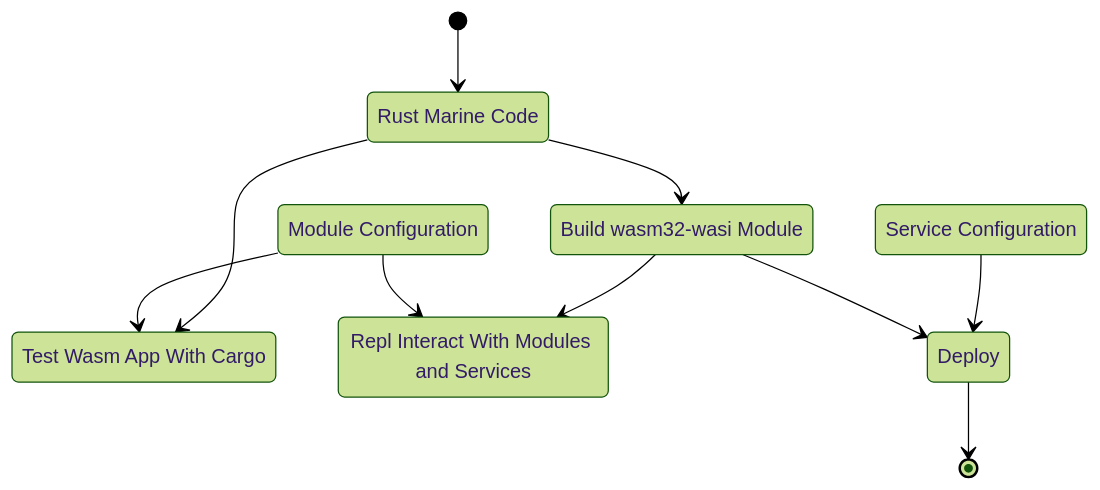
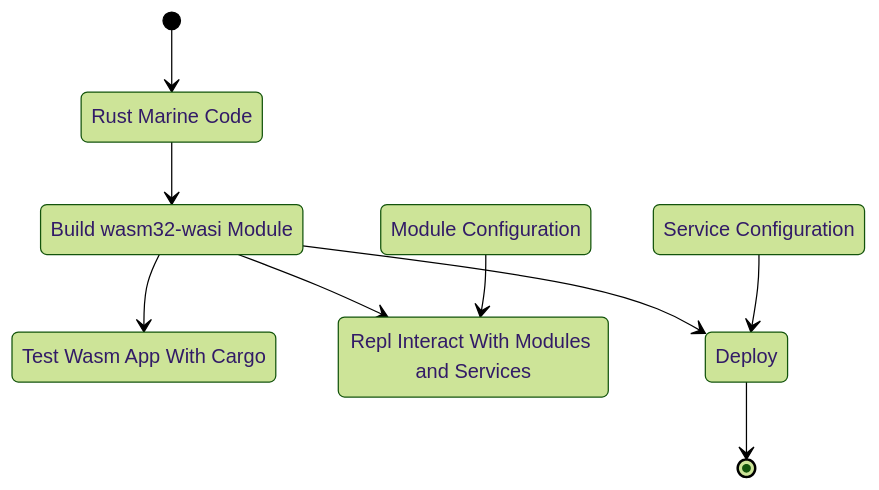
One commit to fluencelabs/devcontainer changed the diagram in tutorial/marine/quick_start.md. Above: the diagram before and after it, drawn with Mermaid (forest theme).

Commit message:
update figure

````diff
--- a/tutorial/marine/quick_start.md
+++ b/tutorial/marine/quick_start.md
@@ -15,20 +15,19 @@
 ```mermaid
     stateDiagram
     state "Rust Marine Code" as Code
     state "Build wasm32-wasi Module" as Build
     state "Test Wasm App With Cargo" as Test
     state "Repl Interact With Modules and Services" as Repl
     state "Module Configuration" as Config
     state "Service Configuration" as Service
     %% state "something" as Wasm
 
     [*] --> Code
-    Code --> Test
     Code -->  Build
     Build --> Repl
     Config --> Repl
-    Config --> Test
+    Build --> Test
+    Build --> Deploy
     Service --> Deploy
-    Build --> Deploy
     Deploy --> [*]
 ```
````
